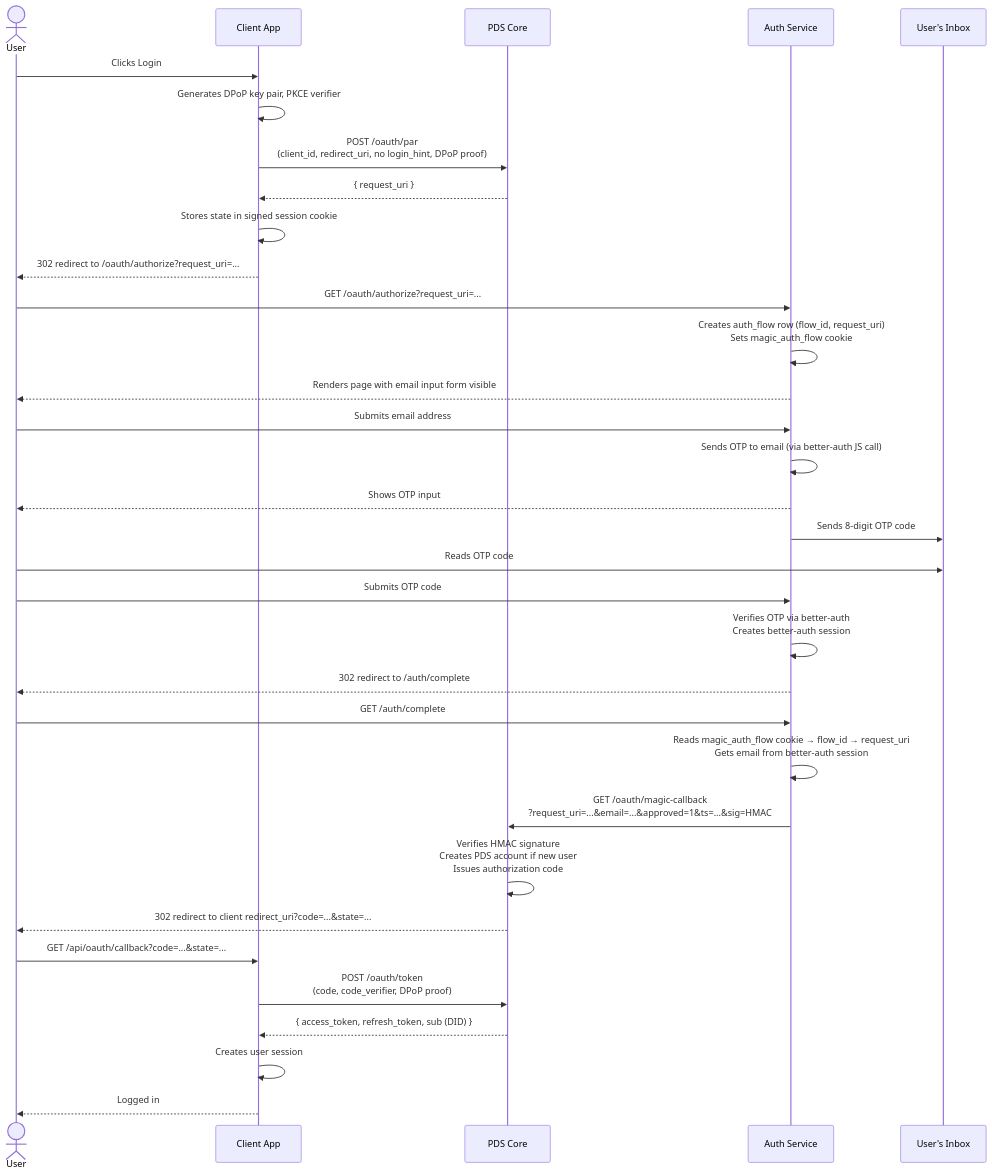
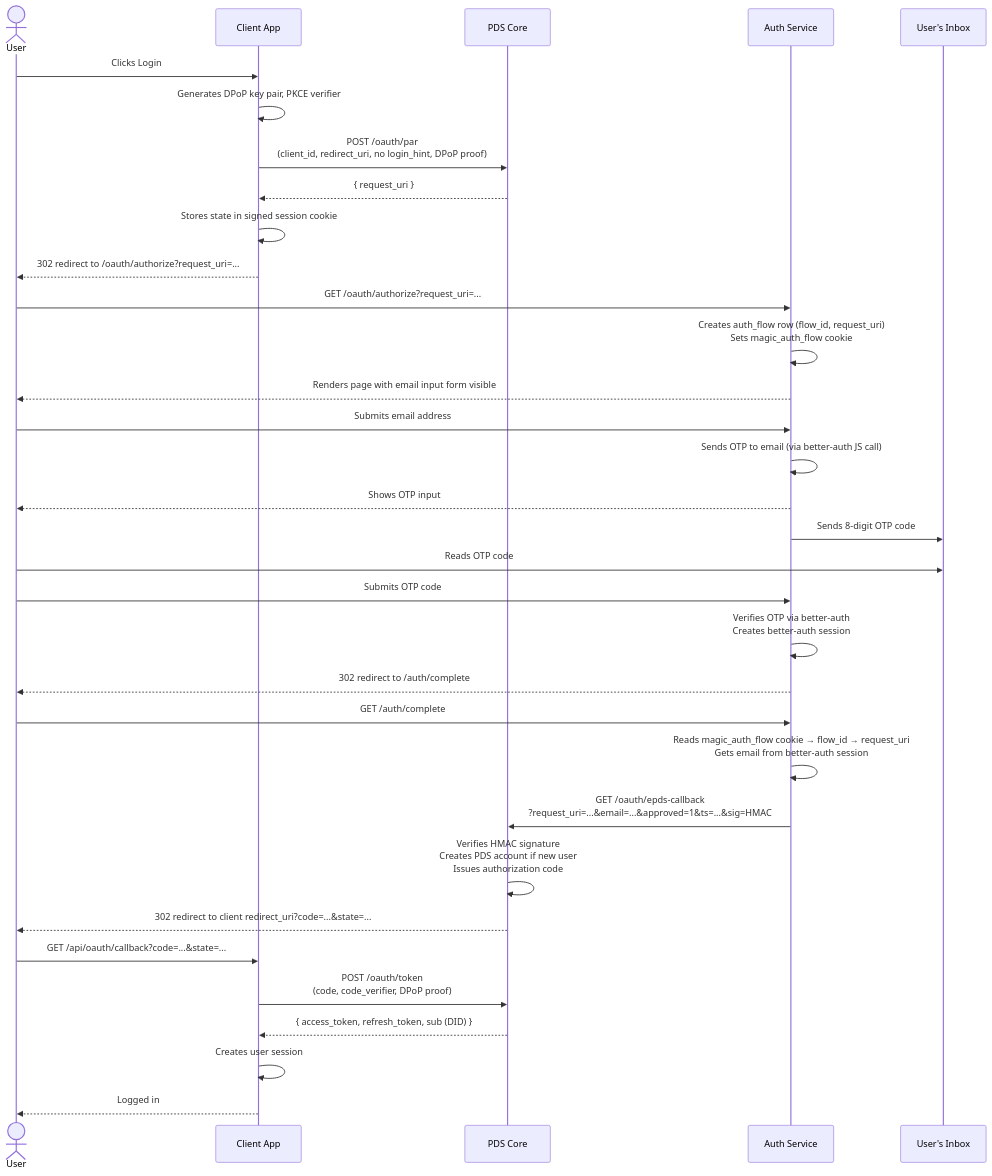
Before and after one commit to aspiers/ePDS: the second of 2 diagrams in docs/tutorial.md, drawn with Mermaid. The commit also changed other lines of this file and 18 other files, not shown here.

First line of the commit message:
refactor: rename MAGIC_CALLBACK_SECRET → EPDS_CALLBACK_SECRET, /oauth/magic-callback → /oauth/epds-callback

````diff
--- a/docs/tutorial.md
+++ b/docs/tutorial.md
@@ -92,41 +92,41 @@
 ```mermaid
 sequenceDiagram
     actor User
     participant App as Client App
     participant PDS as PDS Core
     participant Auth as Auth Service
     participant Email as User's Inbox
 
     User->>App: Clicks Login
     App->>App: Generates DPoP key pair, PKCE verifier
     App->>PDS: POST /oauth/par<br/>(client_id, redirect_uri, no login_hint, DPoP proof)
     PDS-->>App: { request_uri }
     App->>App: Stores state in signed session cookie
     App-->>User: 302 redirect to /oauth/authorize?request_uri=...
 
     User->>Auth: GET /oauth/authorize?request_uri=...
     Auth->>Auth: Creates auth_flow row (flow_id, request_uri)<br/>Sets magic_auth_flow cookie
     Auth-->>User: Renders page with email input form visible
 
     User->>Auth: Submits email address
     Auth->>Auth: Sends OTP to email (via better-auth JS call)
     Auth-->>User: Shows OTP input
     Auth->>Email: Sends 8-digit OTP code
 
     User->>Email: Reads OTP code
     User->>Auth: Submits OTP code
     Auth->>Auth: Verifies OTP via better-auth<br/>Creates better-auth session
     Auth-->>User: 302 redirect to /auth/complete
 
     User->>Auth: GET /auth/complete
     Auth->>Auth: Reads magic_auth_flow cookie → flow_id → request_uri<br/>Gets email from better-auth session
-    Auth->>PDS: GET /oauth/magic-callback<br/>?request_uri=...&email=...&approved=1&ts=...&sig=HMAC
+    Auth->>PDS: GET /oauth/epds-callback<br/>?request_uri=...&email=...&approved=1&ts=...&sig=HMAC
     PDS->>PDS: Verifies HMAC signature<br/>Creates PDS account if new user<br/>Issues authorization code
     PDS-->>User: 302 redirect to client redirect_uri?code=...&state=...
 
     User->>App: GET /api/oauth/callback?code=...&state=...
     App->>PDS: POST /oauth/token<br/>(code, code_verifier, DPoP proof)
     PDS-->>App: { access_token, refresh_token, sub (DID) }
     App->>App: Creates user session
     App-->>User: Logged in
 ```
````
